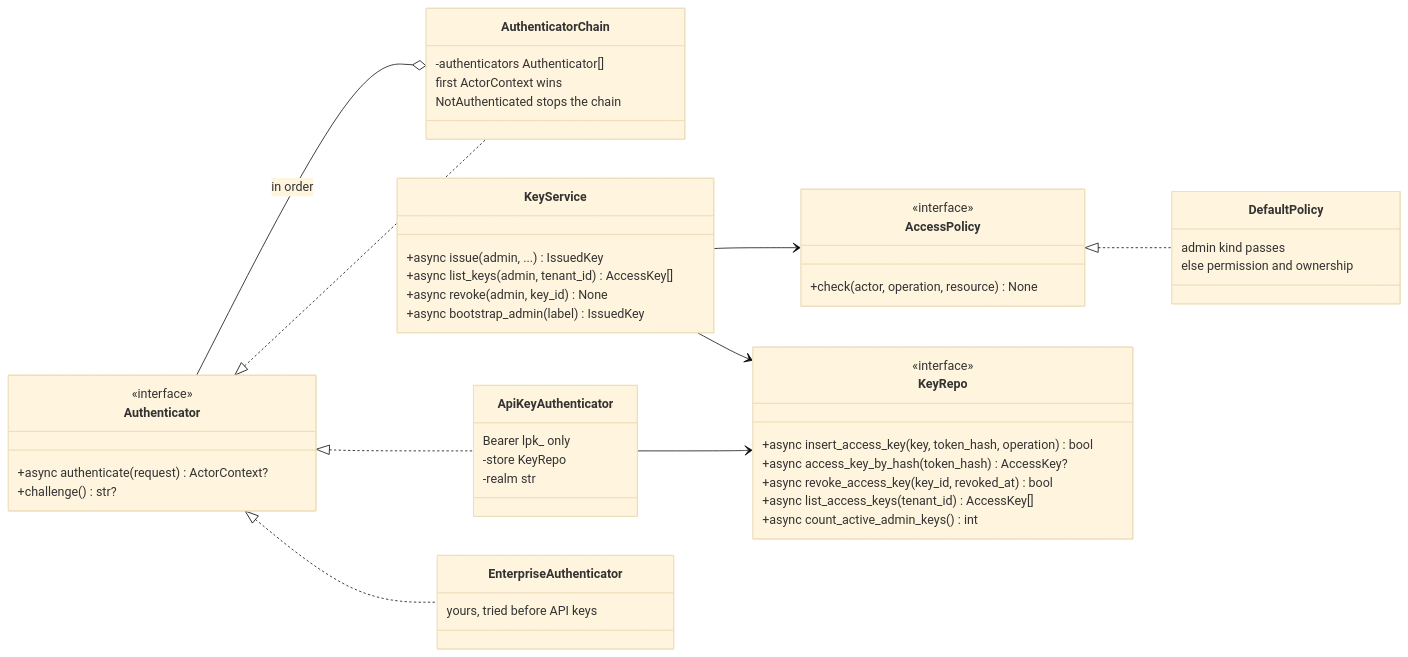
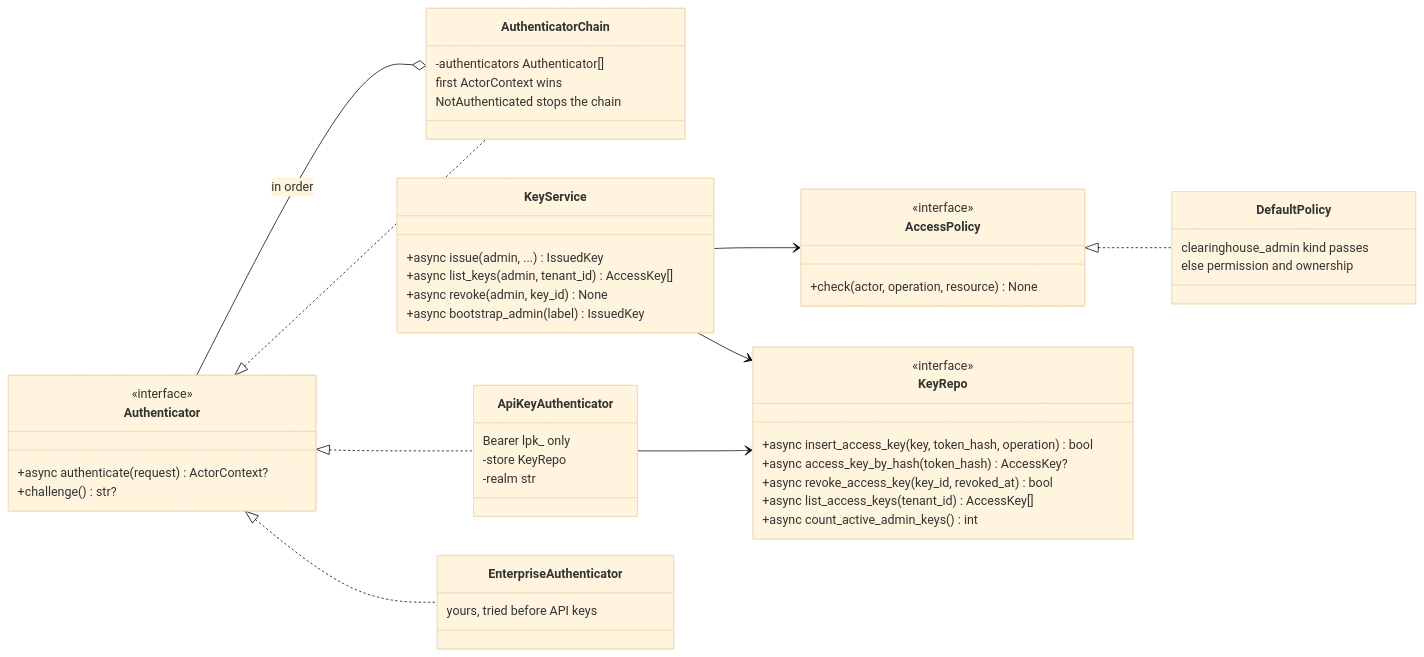
The third of 16 diagrams in docs/design-docs/interfaces-and-http-servers.md (NE-Build-Track/livepeer-builder-core), drawn with Mermaid (base theme) before and after one commit. The commit also changed 28 other files, not shown here.

First line of the commit message:
refactor(access)!: the admin kind becomes clearinghouse_admin (#163)

````diff
--- a/docs/design-docs/interfaces-and-http-servers.md
+++ b/docs/design-docs/interfaces-and-http-servers.md
@@ -196,52 +196,52 @@
 ```mermaid
 classDiagram
     direction LR
     class Authenticator {
         <<interface>>
         +async authenticate(request) ActorContext?
         +challenge() str?
     }
     class AccessPolicy {
         <<interface>>
         +check(actor, operation, resource) None
     }
     class KeyRepo {
         <<interface>>
         +async insert_access_key(key, token_hash, operation) bool
         +async access_key_by_hash(token_hash) AccessKey?
         +async revoke_access_key(key_id, revoked_at) bool
         +async list_access_keys(tenant_id) AccessKey[]
         +async count_active_admin_keys() int
     }
     class AuthenticatorChain {
         -authenticators Authenticator[]
         first ActorContext wins
         NotAuthenticated stops the chain
     }
     class ApiKeyAuthenticator {
         Bearer lpk_ only
         -store KeyRepo
         -realm str
     }
     class DefaultPolicy {
-        admin kind passes
+        clearinghouse_admin kind passes
         else permission and ownership
     }
     class KeyService {
         +async issue(admin, ...) IssuedKey
         +async list_keys(admin, tenant_id) AccessKey[]
         +async revoke(admin, key_id) None
         +async bootstrap_admin(label) IssuedKey
     }
     class EnterpriseAuthenticator {
         yours, tried before API keys
     }
     Authenticator <|.. AuthenticatorChain
     Authenticator <|.. ApiKeyAuthenticator
     Authenticator <|.. EnterpriseAuthenticator
     AuthenticatorChain o-- Authenticator : in order
     ApiKeyAuthenticator --> KeyRepo
     KeyService --> KeyRepo
     KeyService --> AccessPolicy
     AccessPolicy <|.. DefaultPolicy
 ```
````
